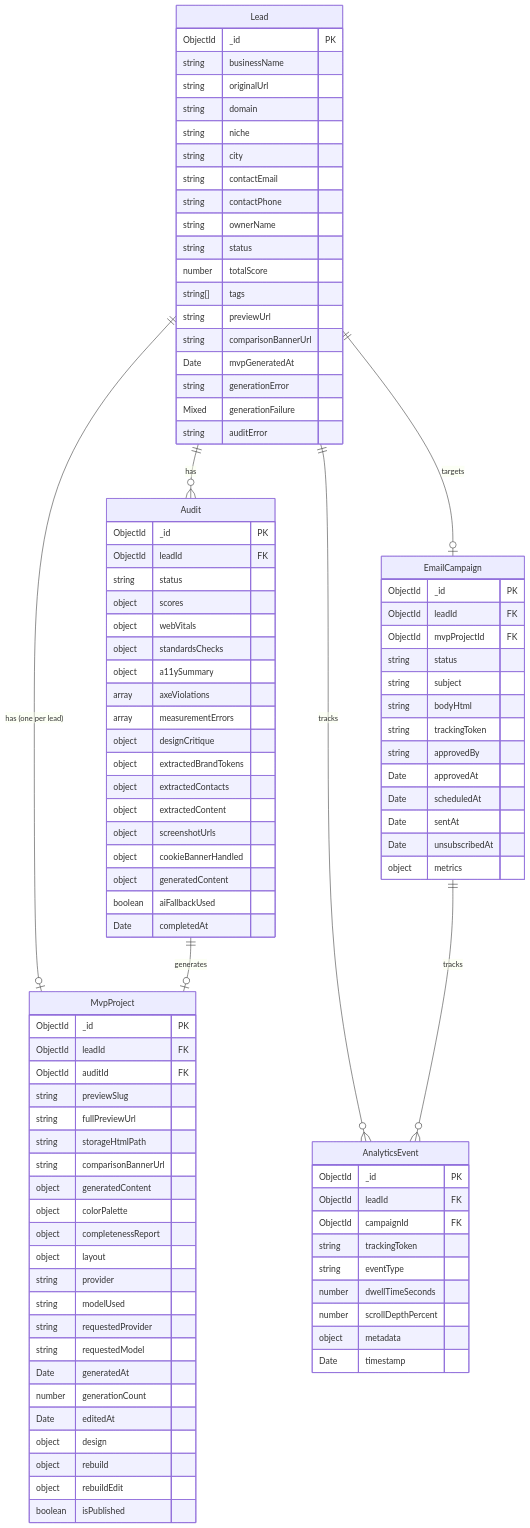
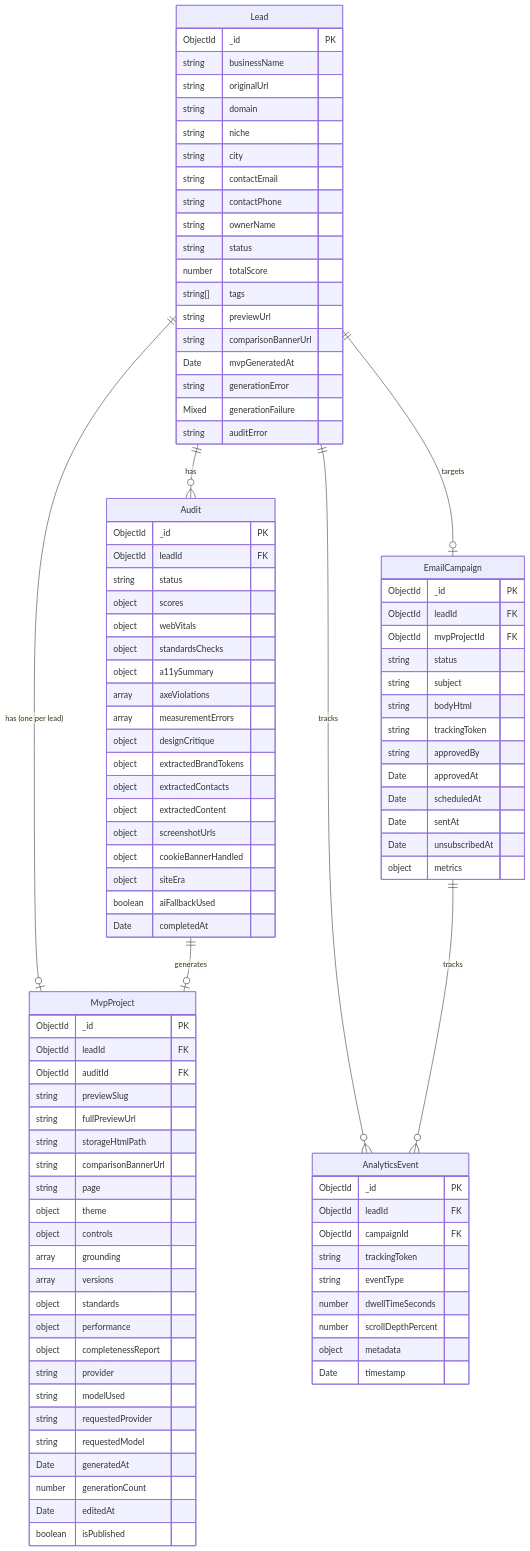
Before and after one commit to yurykurouski/revamp-docs: the seventh of 10 diagrams in blueprint.md, drawn with Mermaid. The commit also changed other lines of this file, not shown here.

Commit message:
docs(REV-142): blueprint.md — model-designed MVP page: pipeline, schemas, versions, API rows, page queue

```diff
--- a/blueprint.md
+++ b/blueprint.md
@@ -494,7 +491,7 @@
         object extractedContent
         object screenshotUrls
         object cookieBannerHandled
-        object generatedContent
+        object siteEra
         boolean aiFallbackUsed
         Date completedAt
     }
@@ -507,10 +504,14 @@
         string fullPreviewUrl
         string storageHtmlPath
         string comparisonBannerUrl
-        object generatedContent
-        object colorPalette
+        string page
+        object theme
+        object controls
+        array grounding
+        array versions
+        object standards
+        object performance
         object completenessReport
-        object layout
         string provider
         string modelUsed
         string requestedProvider
@@ -518,9 +519,6 @@
         Date generatedAt
         number generationCount
         Date editedAt
-        object design
-        object rebuild
-        object rebuildEdit
         boolean isPublished
     }
 
```
